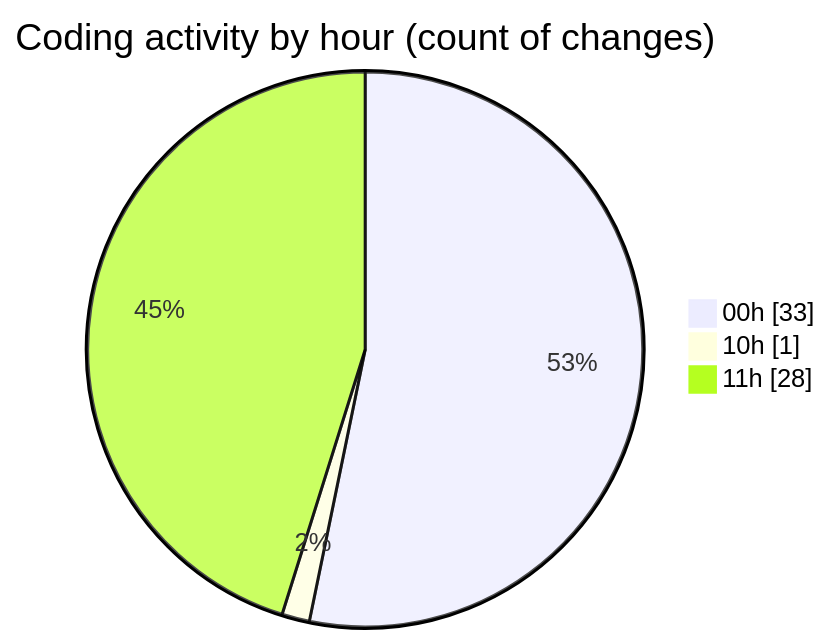
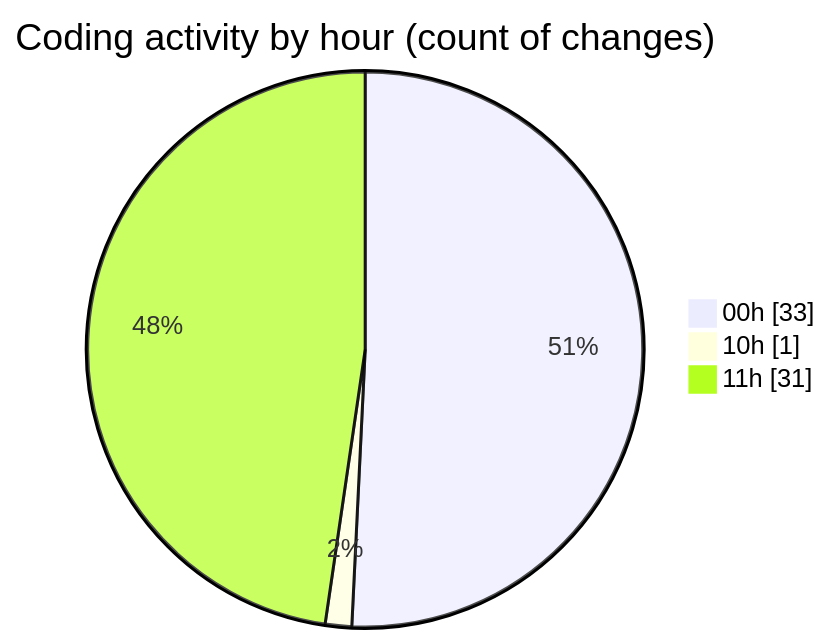
The second of 2 diagrams in 2025-08-10/nxtqube_webapp/README.md (nxtqubesakshisongat/code-tracking), drawn with Mermaid before and after one commit. The commit also changed other lines of this file and 1 other file, not shown here.

````diff
--- a/2025-08-10/nxtqube_webapp/README.md
+++ b/2025-08-10/nxtqube_webapp/README.md
@@ -29,7 +29,7 @@
 ```mermaid
 pie showData
 title Coding activity by hour (count of changes)
 "00h" : 33
 "10h" : 1
-"11h" : 28
+"11h" : 31
 ```
````
